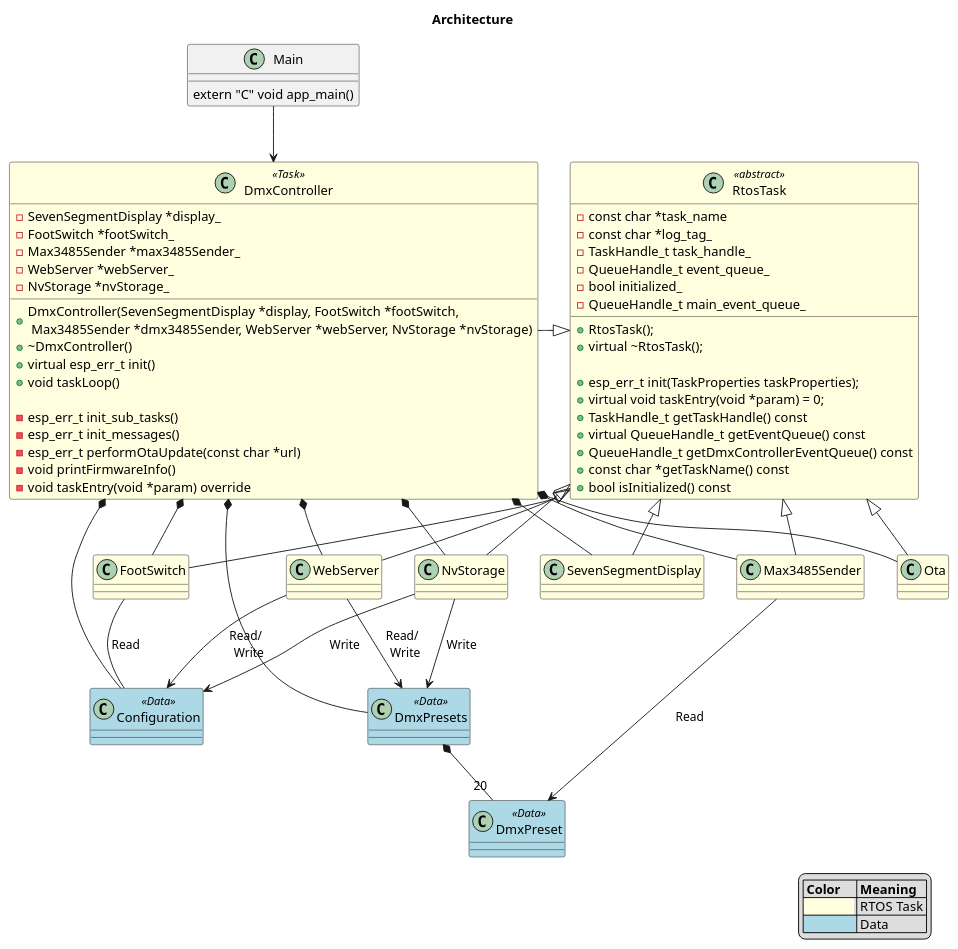
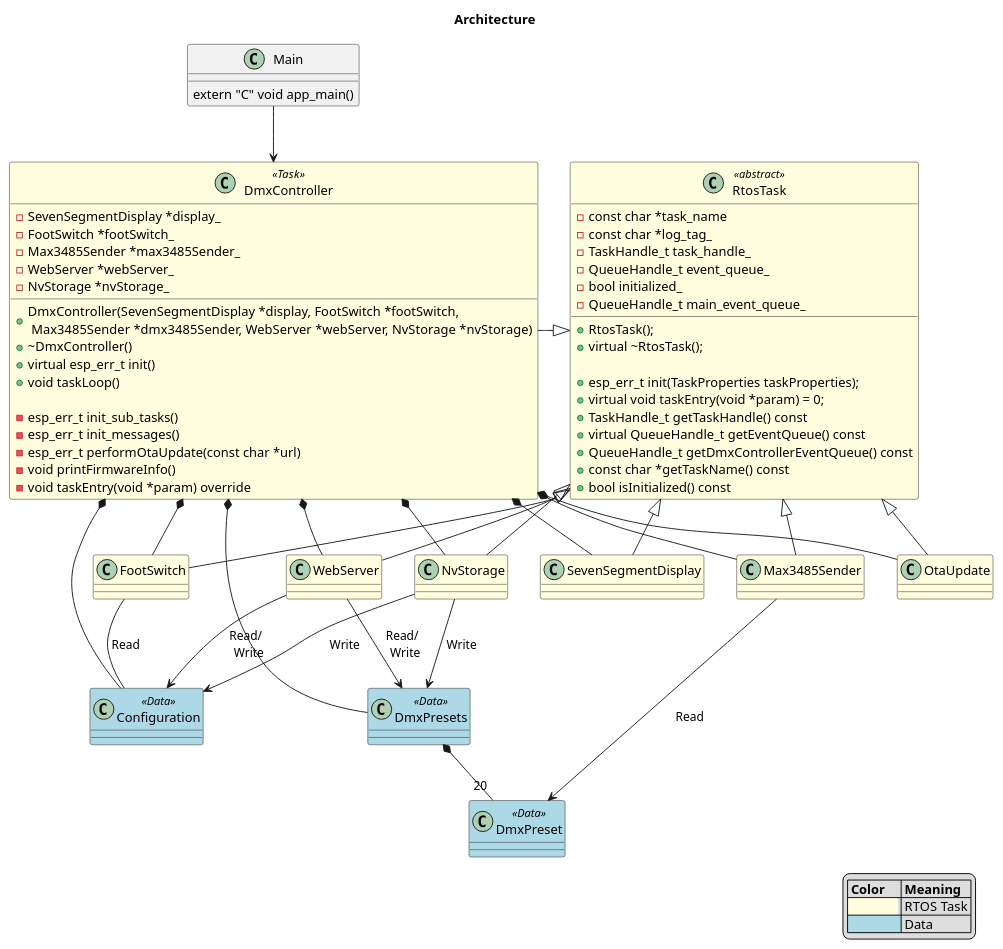
Before and after one commit to michelkeijzers/Esp32DmxController: the first of 8 diagrams in Documentation/software_design.puml, drawn with PlantUML. The commit also changed other lines of this file and 8 other files, not shown here.

```diff
--- a/Documentation/software_design.puml
+++ b/Documentation/software_design.puml
@@ -1,113 +1,113 @@
 @startuml
 title Architecture
 
 legend right
     |= Color |= Meaning |
     |<back:LightYellow>               | RTOS Task |
     |<back:LightBlue>                | Data |
 endlegend
 
 class Main  
 {
     extern "C" void app_main()
 }
 
 class RtosTask <<abstract>> #lightYellow 
 {
     +RtosTask();
     +virtual ~RtosTask();
 
     +esp_err_t init(TaskProperties taskProperties);
     +virtual void taskEntry(void *param) = 0;
     +TaskHandle_t getTaskHandle() const
     +virtual QueueHandle_t getEventQueue() const
     +QueueHandle_t getDmxControllerEventQueue() const
     +const char *getTaskName() const
     +bool isInitialized() const
 
     -const char *task_name
     -const char *log_tag_
     -TaskHandle_t task_handle_
     -QueueHandle_t event_queue_
     -bool initialized_
     -QueueHandle_t main_event_queue_
 }
 
 class DmxController <<Task>> #LightYellow
 {
     +DmxController(SevenSegmentDisplay *display, FootSwitch *footSwitch, \n Max3485Sender *dmx3485Sender, WebServer *webServer, NvStorage *nvStorage)
     +~DmxController()
     +virtual esp_err_t init()
     +void taskLoop()
 
     -esp_err_t init_sub_tasks()
     -esp_err_t init_messages()
     -esp_err_t performOtaUpdate(const char *url)
     -void printFirmwareInfo()
 
     -SevenSegmentDisplay *display_
     -FootSwitch *footSwitch_
     -Max3485Sender *max3485Sender_
     -WebServer *webServer_
     -NvStorage *nvStorage_
     
     -void taskEntry(void *param) override
 }
 
 Main -d-> DmxController
 DmxController -|> RtosTask
 
 class NvStorage #lightYellow {}
 DmxController *-- NvStorage
 NvStorage -u-|> RtosTask
 
 class Max3485Sender #lightYellow {}
 DmxController *- Max3485Sender
 Max3485Sender -u-|> RtosTask
 
 class FootSwitch #lightYellow {}
 DmxController *-- FootSwitch
 FootSwitch -u-|> RtosTask
 
 class SevenSegmentDisplay #lightYellow {}
 DmxController *-- SevenSegmentDisplay
 SevenSegmentDisplay -u-|> RtosTask
 
-class Ota #lightYellow {}
-DmxController *-- Ota 
-Ota -u-|> RtosTask
+class OtaUpdate #lightYellow {}
+DmxController *-- OtaUpdate
+OtaUpdate -u-|> RtosTask
 
 class WebServer #lightYellow {}
 DmxController *-- WebServer
 WebServer -u-|> RtosTask
 
 'class OscHandler <<RtosTask>> #lightYellow {}
 'DmxController *-- OscHandler
 
 'class ArtNetSender <<RtosTask>> #lightYellow {}
 'DmxController *-- ArtNetSender
 'ArtNetSender --> DmxPreset : Read
 
 class DmxPresets <<Data>> #lightBlue {}
 DmxController *-- DmxPresets
 
 class DmxPreset <<Data>> #lightBlue {}
 DmxPresets *--"20" DmxPreset
 
 class Configuration <<Data>> #lightBlue {}
 DmxController *-- Configuration
 
 NvStorage --> DmxPresets : Write
 NvStorage --> Configuration : Write
 
 'class OscConfiguration <<Data>> #grey {}
 'Configuration *-- OscConfiguration
 'OscHandler -- OscConfiguration : Read
 
 FootSwitch -- Configuration : Read
 
 WebServer --> DmxPresets : Read/ \n Write
 WebServer --> Configuration : Read/ \n Write
 
 Max3485Sender --> DmxPreset : Read
 @enduml 
```
